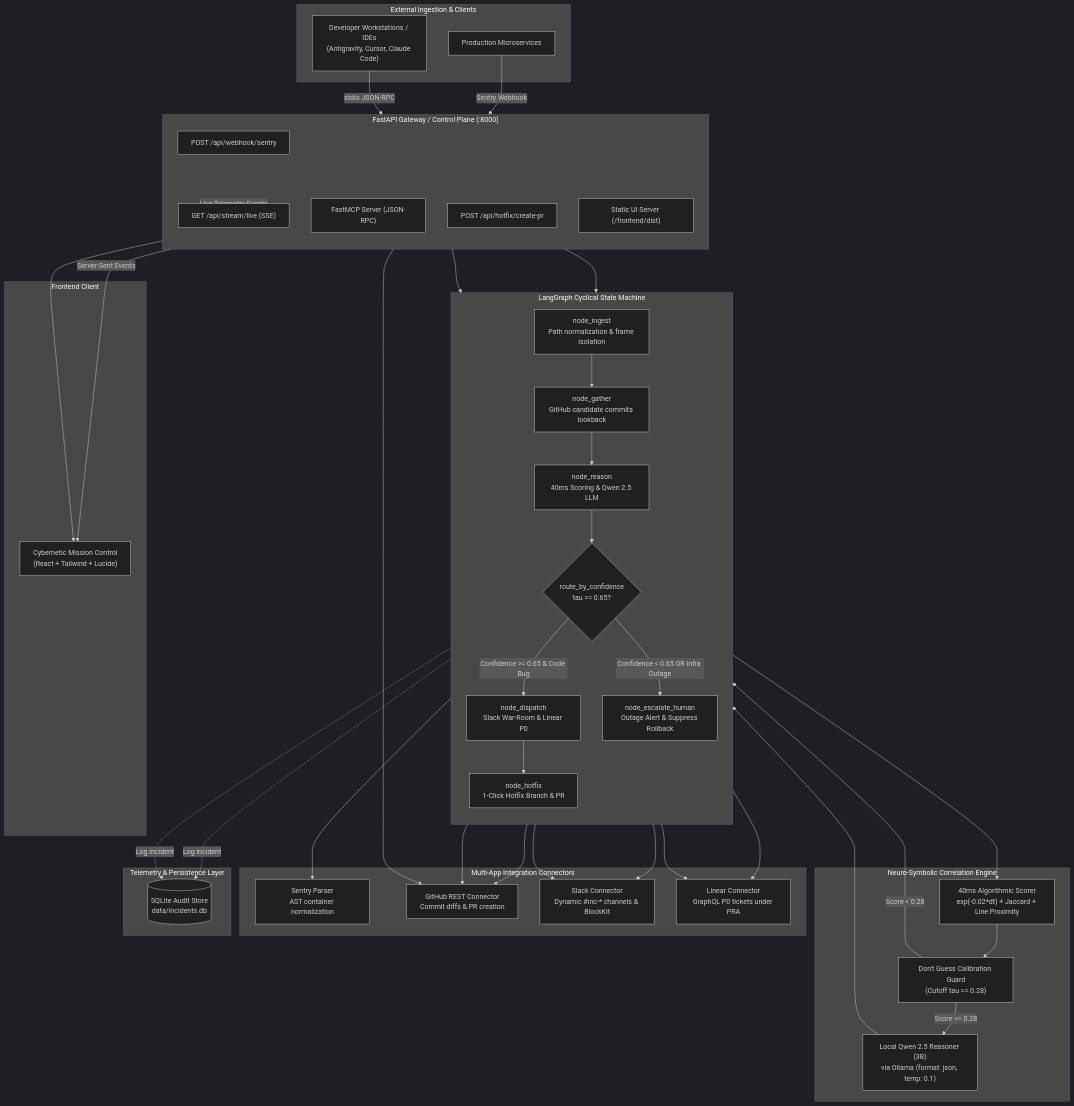
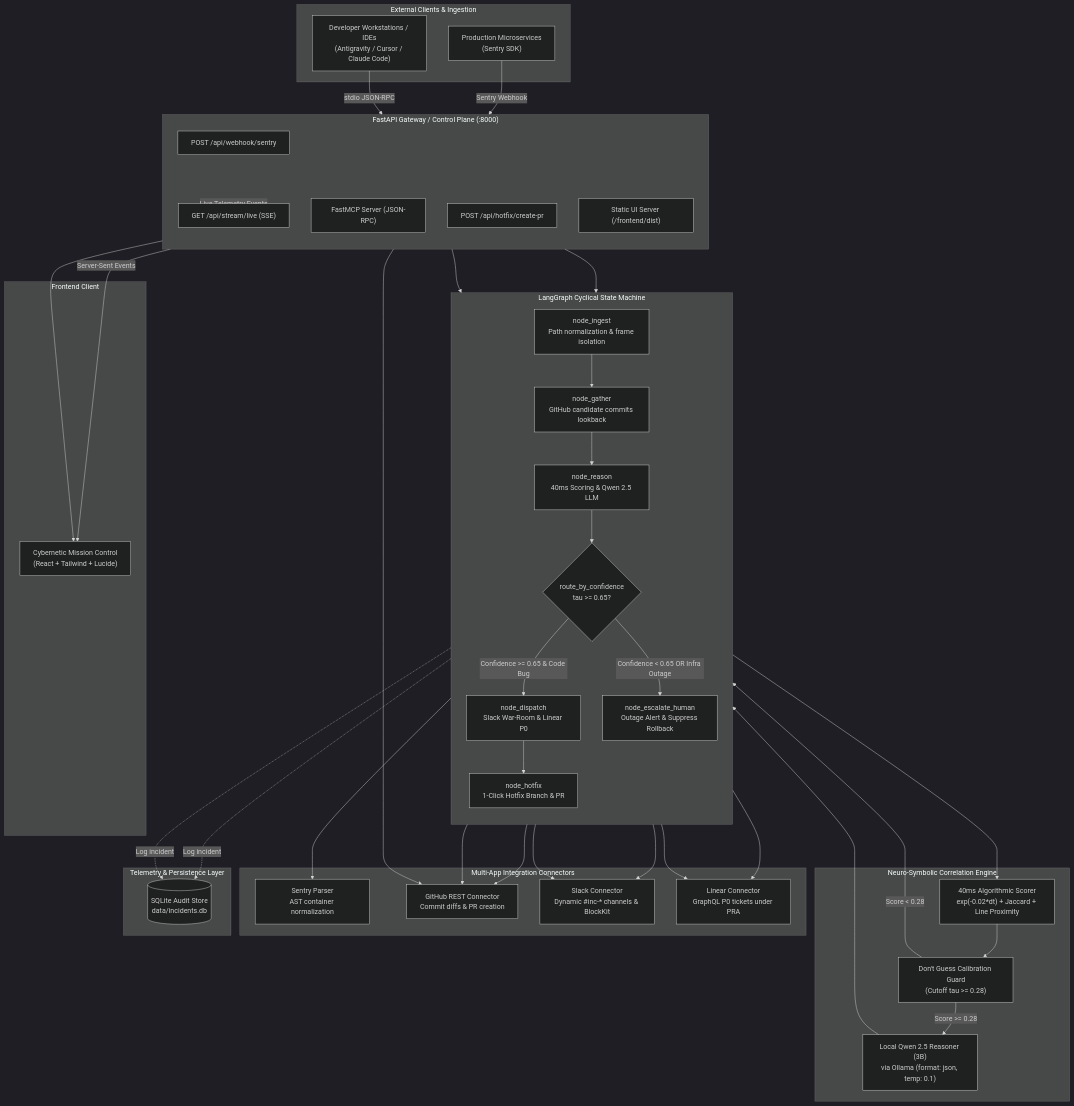
The second of 3 diagrams in README.md (Pranav1632/multiagenthack1), drawn with Mermaid (dark theme) before and after one commit. The commit also changed other lines of this file, not shown here.

Commit message:
docs: replace ASCII diagram with rendered Mermaid component architecture in README

````diff
--- a/README.md
+++ b/README.md
@@ -293,8 +293,8 @@
 ```mermaid
 graph TB
-    subgraph Clients["External Ingestion & Clients"]
-        Prod["Production Microservices"]
-        DevIDEs["Developer Workstations / IDEs<br>(Antigravity, Cursor, Claude Code)"]
+    subgraph Clients["External Clients & Ingestion"]
+        Prod["Production Microservices<br>(Sentry SDK)"]
+        DevIDEs["Developer Workstations / IDEs<br>(Antigravity / Cursor / Claude Code)"]
     end
 
     subgraph Gateway["FastAPI Gateway / Control Plane (:8000)"]
````
